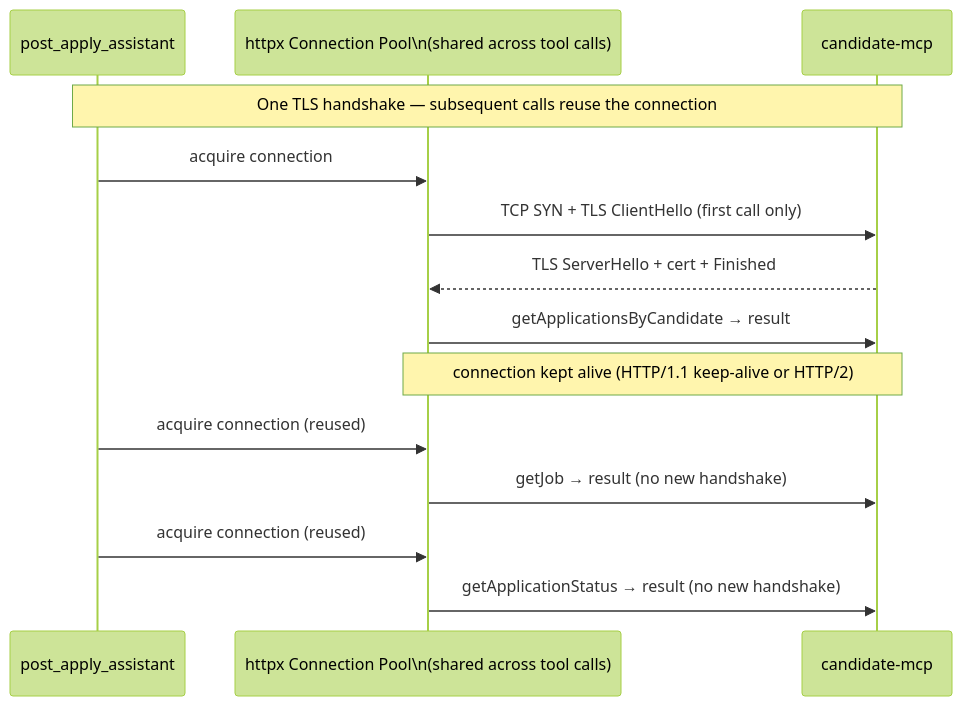
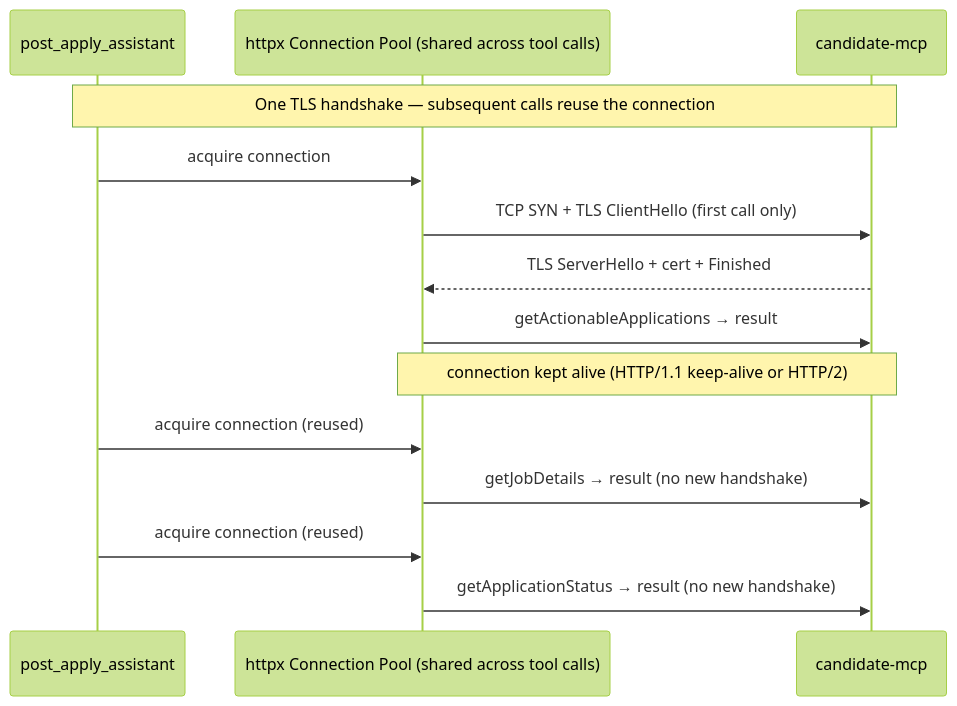
One commit to venkat-raman17/candidate-agent changed diagram 20 of 35 in LLD_POST_APPLY_ASSISTANT.md. Above: the diagram before and after it, drawn with Mermaid (forest theme). The commit also changed other lines of this file, not shown here.

````diff
--- a/LLD_POST_APPLY_ASSISTANT.md
+++ b/LLD_POST_APPLY_ASSISTANT.md
@@ -1501,20 +1118,20 @@
 ```mermaid
 sequenceDiagram
     participant PAA as post_apply_assistant
-    participant POOL as httpx Connection Pool\n(shared across tool calls)
+    participant POOL as httpx Connection Pool (shared across tool calls)
     participant MCP as candidate-mcp
 
     note over PAA,MCP: One TLS handshake — subsequent calls reuse the connection
 
     PAA->>POOL: acquire connection
     POOL->>MCP: TCP SYN + TLS ClientHello (first call only)
     MCP-->>POOL: TLS ServerHello + cert + Finished
-    POOL->>MCP: getApplicationsByCandidate → result
+    POOL->>MCP: getActionableApplications → result
     note over POOL,MCP: connection kept alive (HTTP/1.1 keep-alive or HTTP/2)
 
     PAA->>POOL: acquire connection (reused)
-    POOL->>MCP: getJob → result  (no new handshake)
+    POOL->>MCP: getJobDetails → result  (no new handshake)
 
     PAA->>POOL: acquire connection (reused)
     POOL->>MCP: getApplicationStatus → result  (no new handshake)
 ```
````
